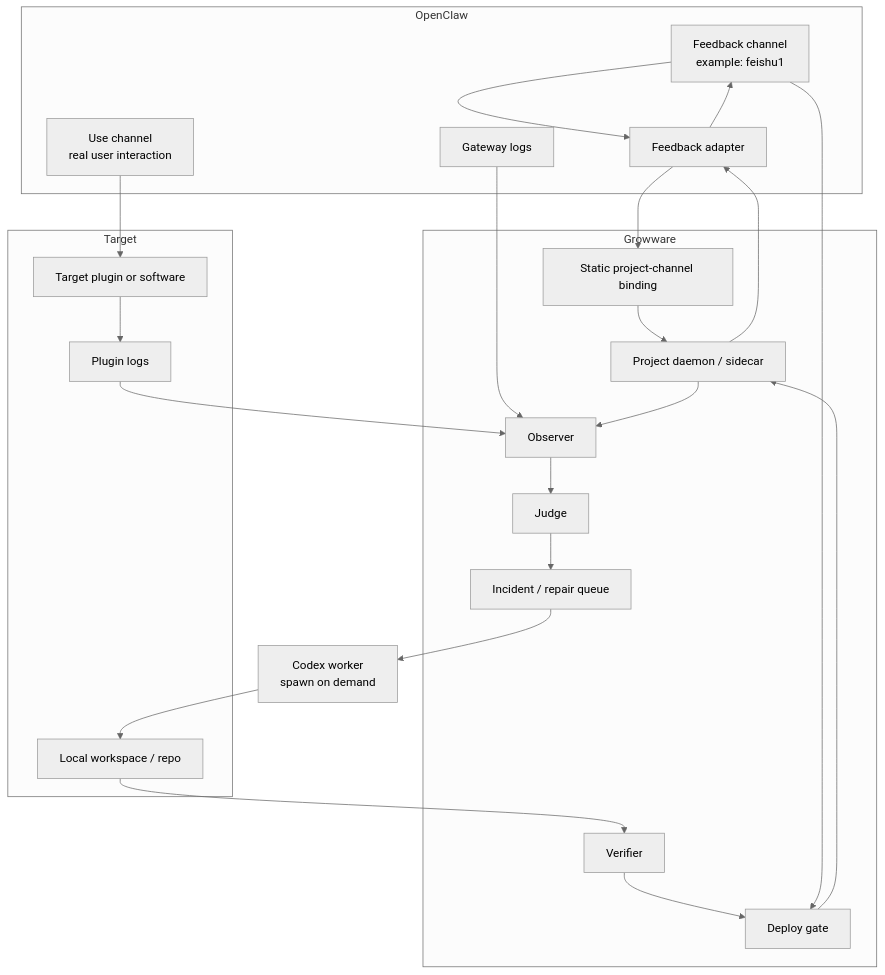
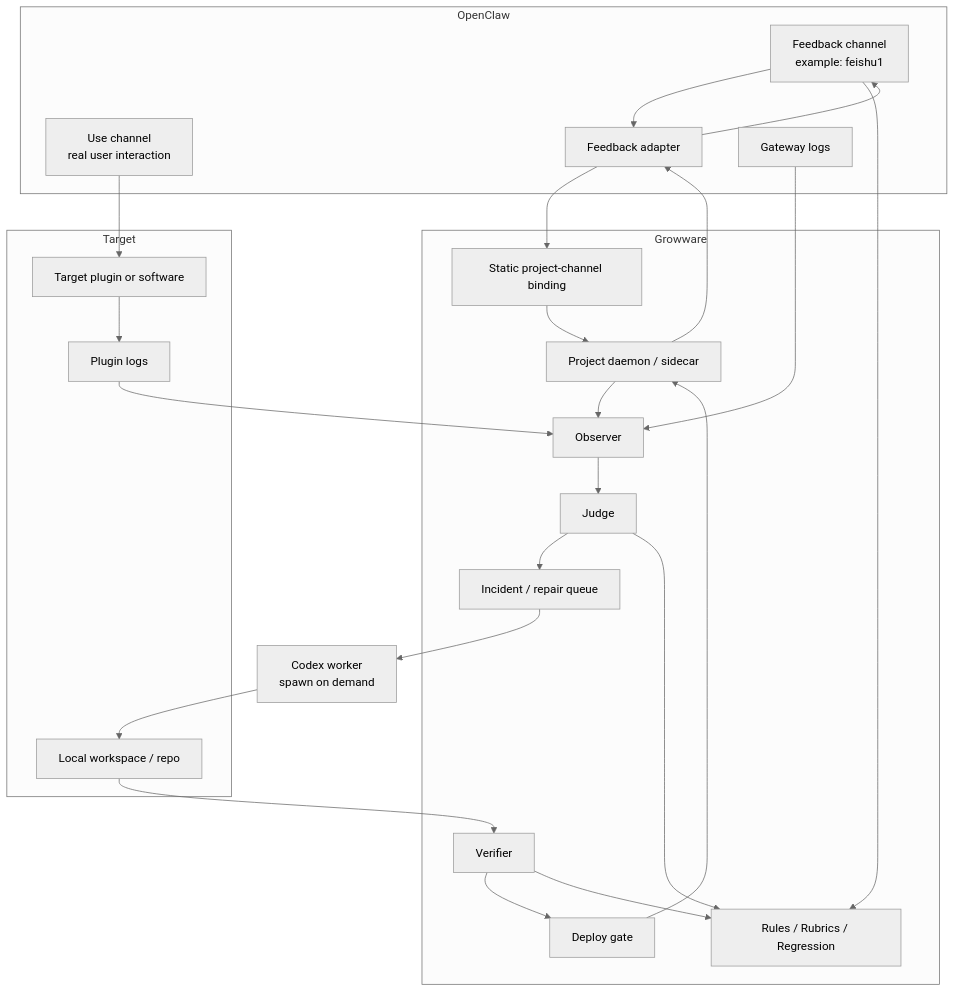
One commit to redcreen/Growware changed the first of 2 diagrams in docs/architecture.md. Above: the diagram before and after it, drawn with Mermaid (neutral theme). The commit also changed other lines of this file and 15 other files, not shown here.

````diff
--- a/docs/architecture.md
+++ b/docs/architecture.md
@@ -50,48 +64,52 @@
 ```mermaid
 flowchart TD
     subgraph OpenClaw
         A[Feedback channel\nexample: feishu1]
         B[Use channel\nreal user interaction]
         Adapter[Feedback adapter]
         GatewayLogs[Gateway logs]
     end
 
     subgraph Growware
         Binding[Static project-channel binding]
         Daemon[Project daemon / sidecar]
         Observer[Observer]
         Judge[Judge]
         Queue[Incident / repair queue]
         Verifier[Verifier]
         Gate[Deploy gate]
+        Memory[Rules / Rubrics / Regression]
     end
 
     subgraph Target
         Plugin[Target plugin or software]
         PluginLogs[Plugin logs]
         Workspace[Local workspace / repo]
     end
 
     Codex[Codex worker\nspawn on demand]
 
     A --> Adapter
     Adapter --> Binding
     Binding --> Daemon
 
     B --> Plugin
     Plugin --> PluginLogs
     GatewayLogs --> Observer
     PluginLogs --> Observer
     Daemon --> Observer
 
     Observer --> Judge
     Judge --> Queue
     Queue --> Codex
     Codex --> Workspace
     Workspace --> Verifier
     Verifier --> Gate
-    A --> Gate
     Gate --> Daemon
     Daemon --> Adapter
     Adapter --> A
+
+    A --> Memory
+    Judge --> Memory
+    Verifier --> Memory
 ```
````
